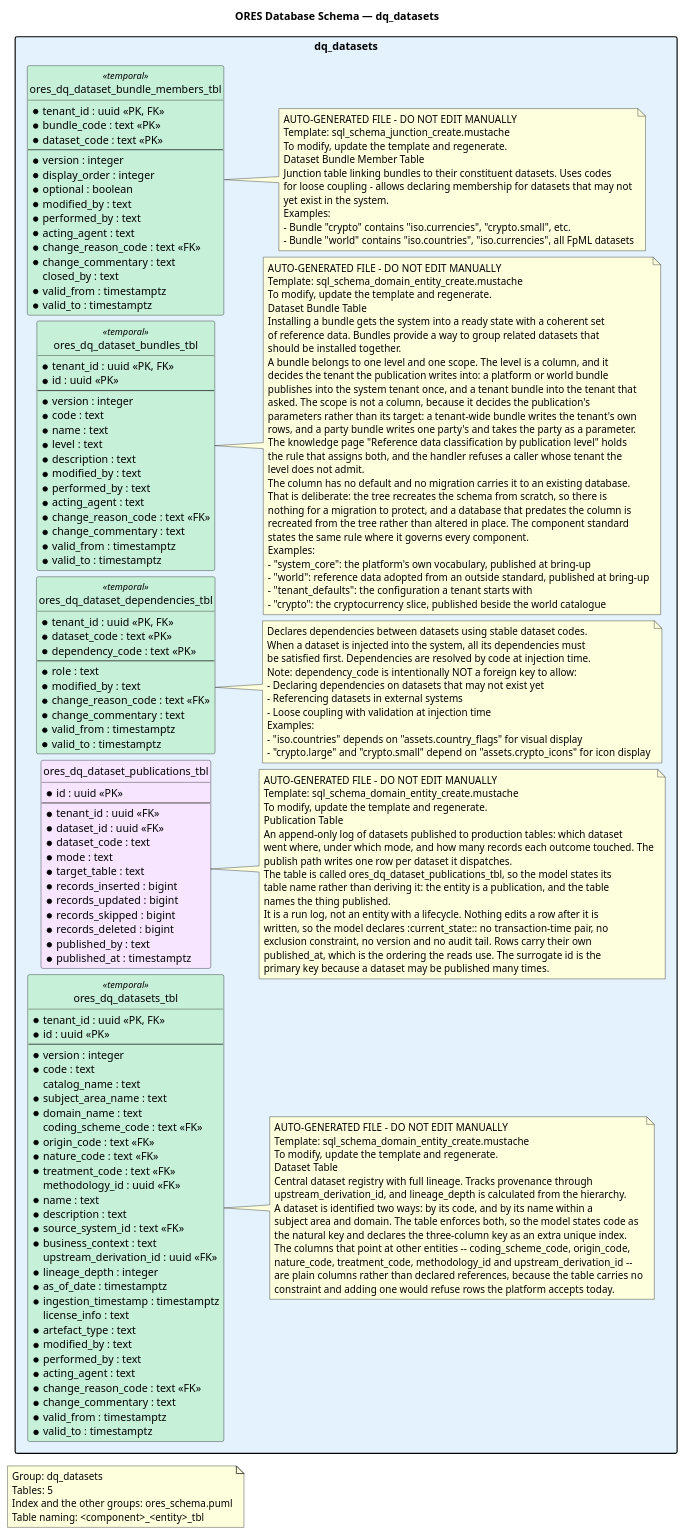
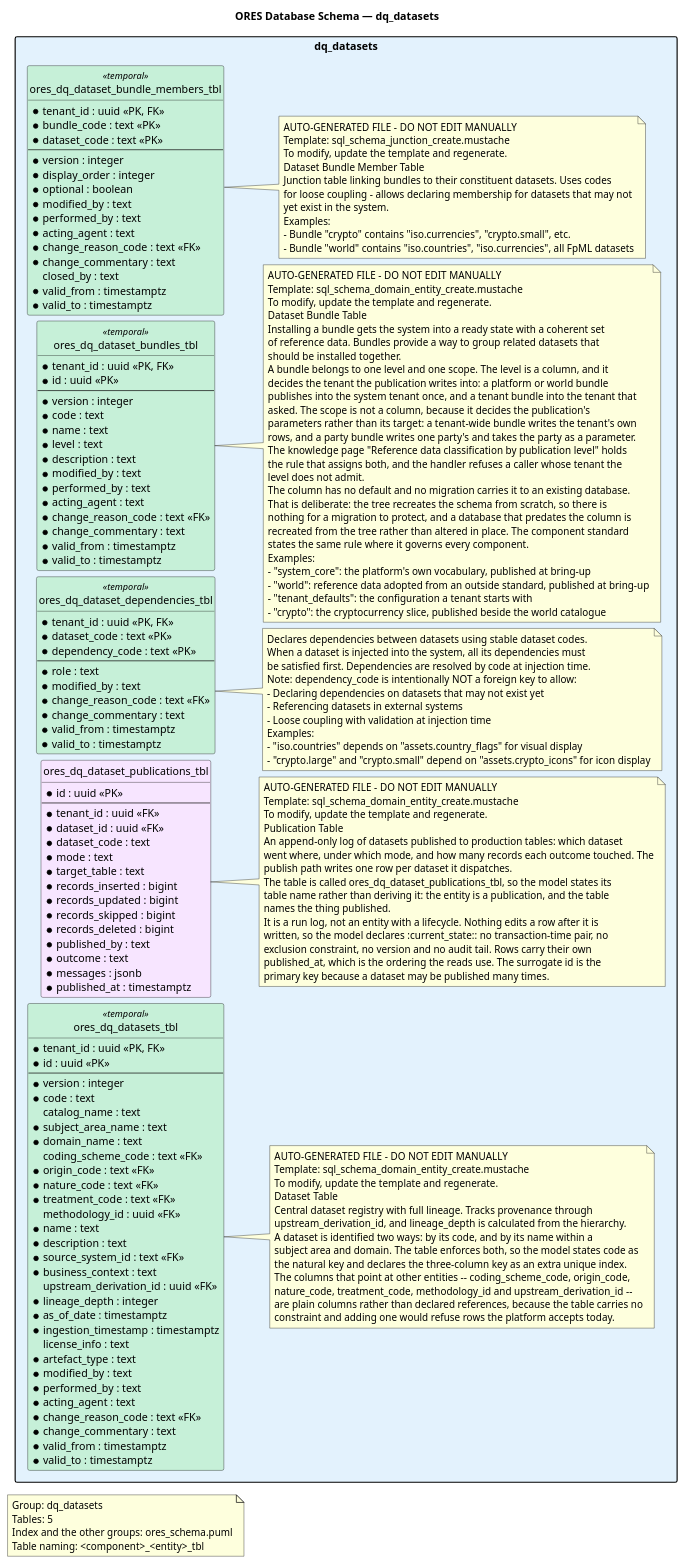
Before and after one commit to OreStudio/OreStudio: the diagram in projects/ores.sql/modeling/ores_schema.dq_datasets.puml, drawn with PlantUML. The commit also changed 32 other files, not shown here.

```diff
--- a/projects/ores.sql/modeling/ores_schema.dq_datasets.puml
+++ b/projects/ores.sql/modeling/ores_schema.dq_datasets.puml
@@ -158,6 +158,8 @@
         * records_skipped : bigint
         * records_deleted : bigint
         * published_by : text
+        * outcome : text
+        * messages : jsonb
         * published_at : timestamptz
     }
 
```
